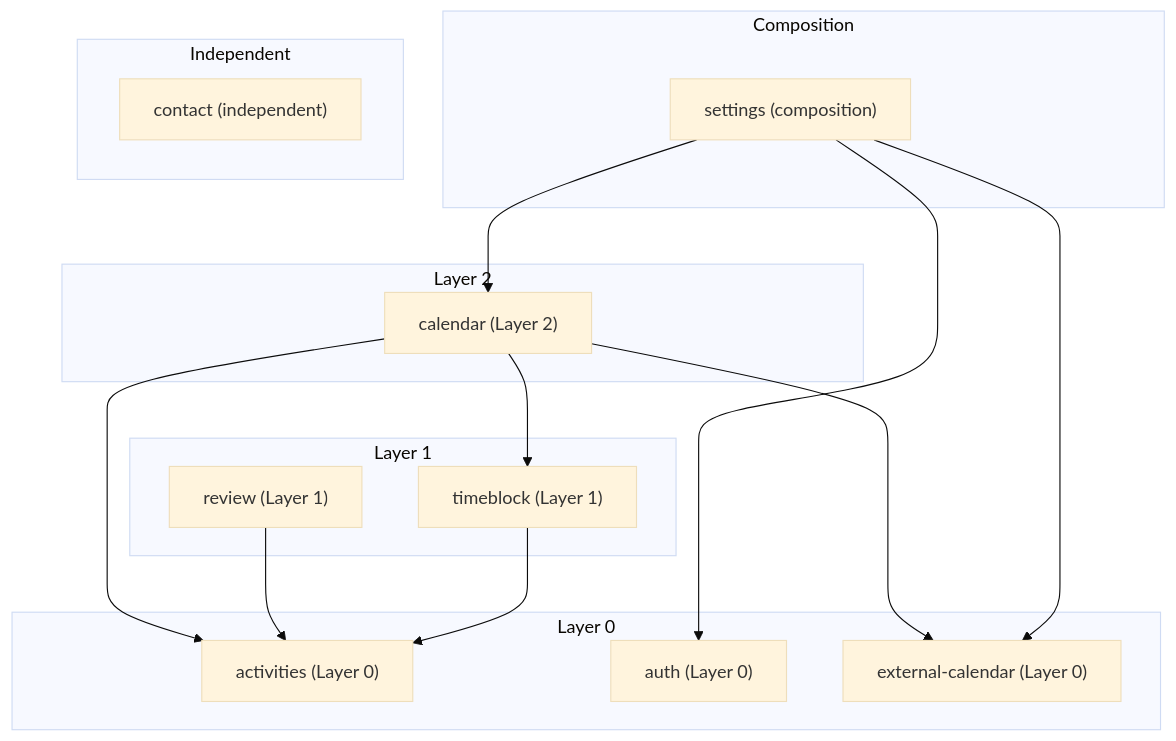
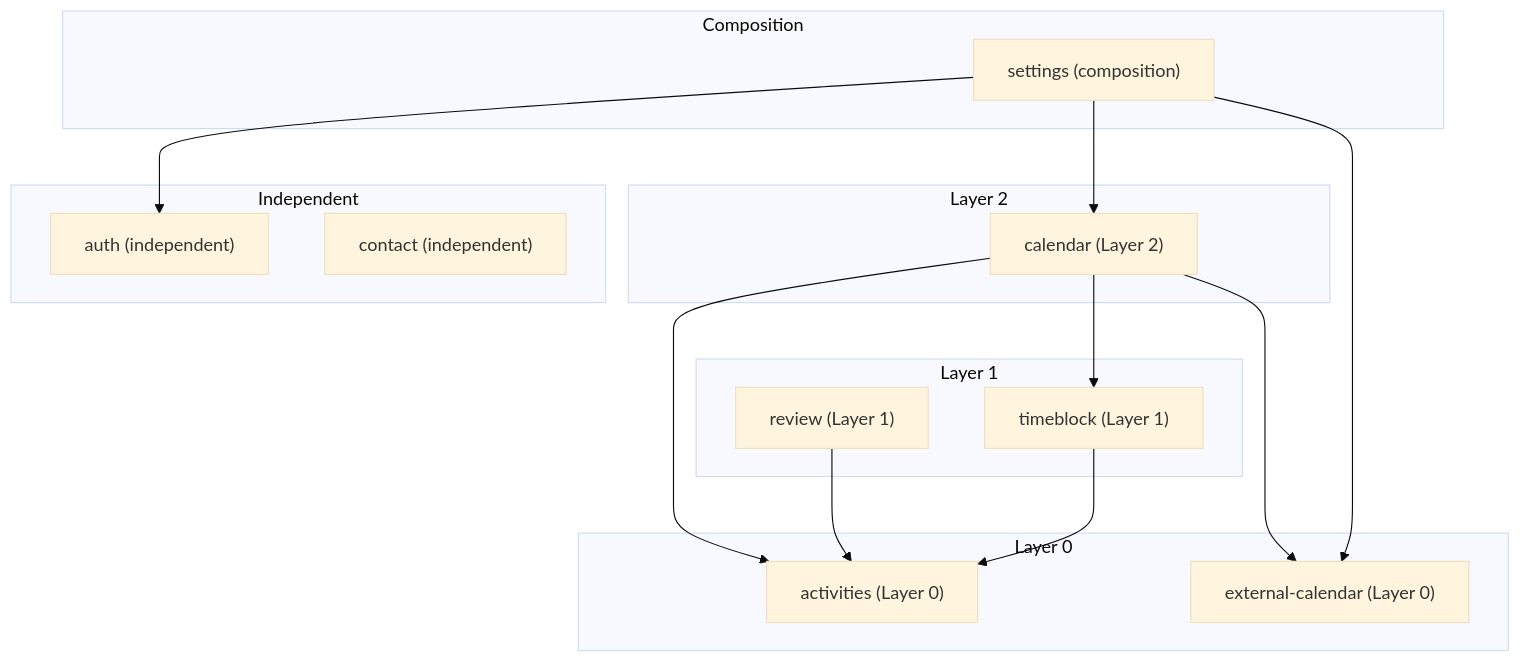
One commit to Dayopt/dayopt changed the fifth of 8 diagrams in docs/engineering/architecture.md. Above: the diagram before and after it, drawn with Mermaid (base theme). The commit also changed other lines of this file and 17 other files, not shown here.

````diff
--- a/docs/engineering/architecture.md
+++ b/docs/engineering/architecture.md
@@ -176,29 +176,29 @@
 ```mermaid
 graph TD
   subgraph L0["Layer 0"]
     activities["activities (Layer 0)"]
-    auth["auth (Layer 0)"]
     external_calendar["external-calendar (Layer 0)"]
   end
   subgraph L1["Layer 1"]
     review["review (Layer 1)"]
     timeblock["timeblock (Layer 1)"]
   end
   subgraph L2["Layer 2"]
     calendar["calendar (Layer 2)"]
   end
   subgraph Composition
     settings["settings (composition)"]
   end
   subgraph Independent
+    auth["auth (independent)"]
     contact["contact (independent)"]
   end
   calendar --> activities
   calendar --> external_calendar
   calendar --> timeblock
   review --> activities
   settings --> auth
   settings --> calendar
   settings --> external_calendar
   timeblock --> activities
 ```
````
